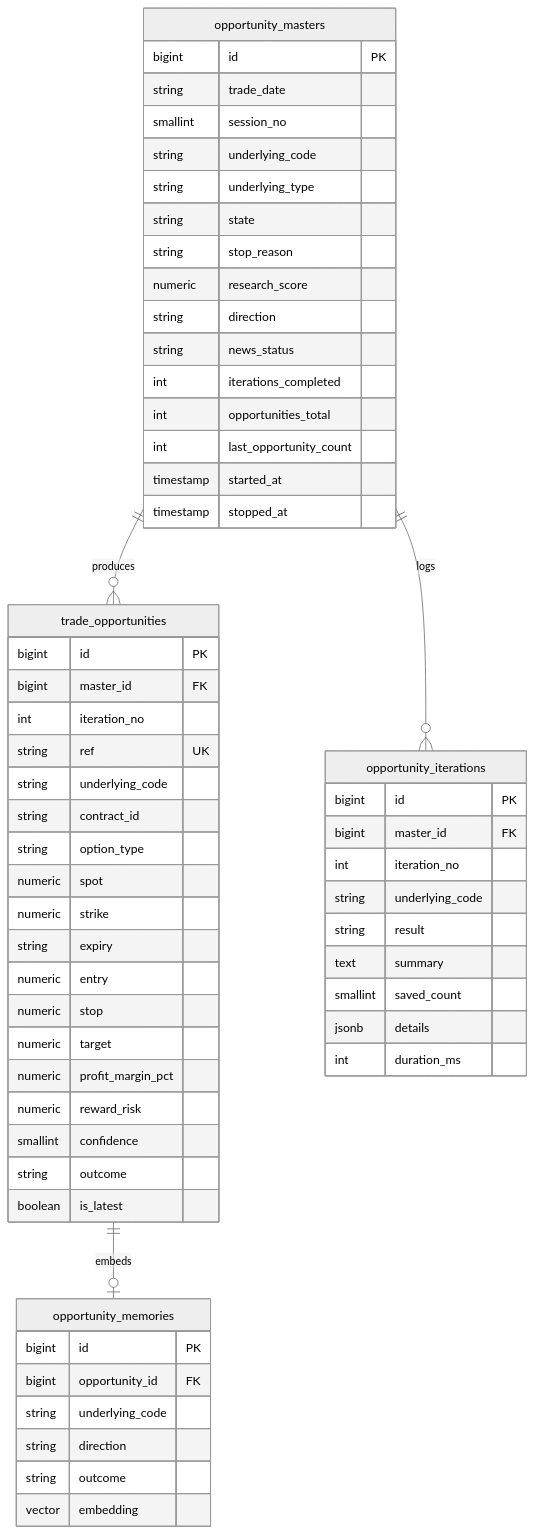
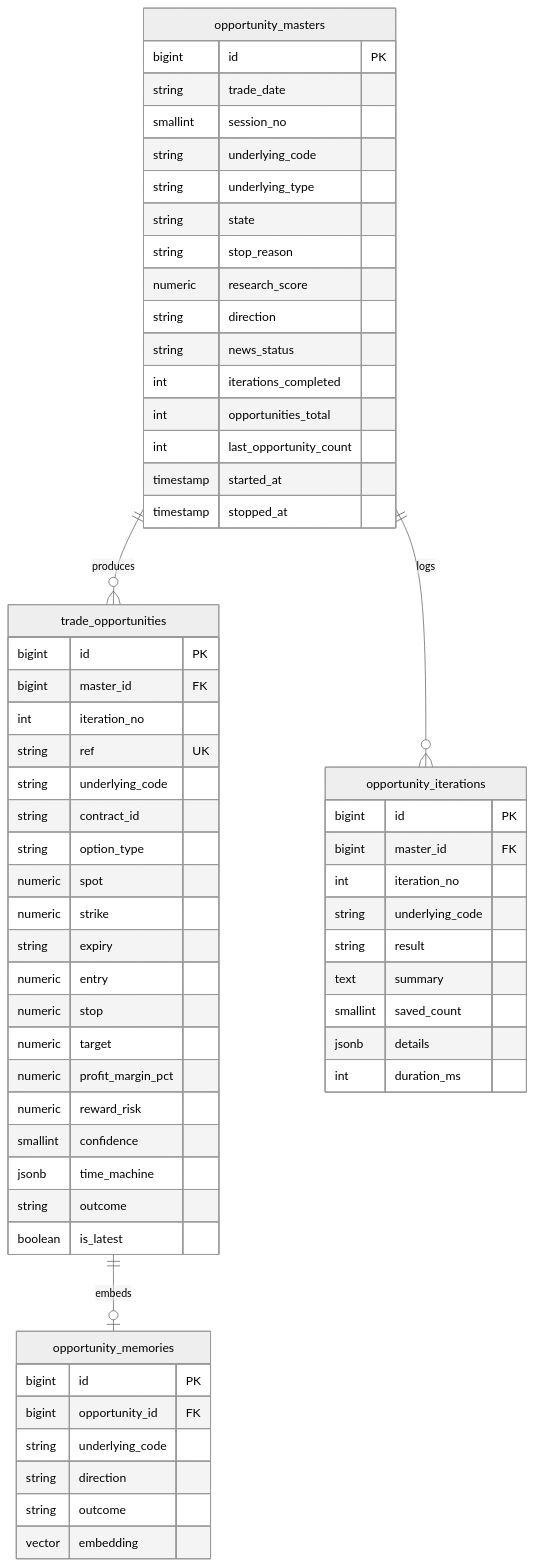
The third of 3 diagrams in docs/05-opportunities-module.md (alenxaviersathwic/auto-trader), drawn with Mermaid (neutral theme) before and after one commit. The commit also changed other lines of this file and 107 other files, not shown here.

Commit message:
feat: add backtest and trade modules with time machine and order execution support

````diff
--- a/docs/05-opportunities-module.md
+++ b/docs/05-opportunities-module.md
@@ -159,66 +278,67 @@
 ```mermaid
 erDiagram
     opportunity_masters ||--o{ trade_opportunities : produces
     opportunity_masters ||--o{ opportunity_iterations : logs
     trade_opportunities ||--o| opportunity_memories : embeds
 
     opportunity_masters {
         bigint id PK
         string trade_date
         smallint session_no
         string underlying_code
         string underlying_type
         string state
         string stop_reason
         numeric research_score
         string direction
         string news_status
         int iterations_completed
         int opportunities_total
         int last_opportunity_count
         timestamp started_at
         timestamp stopped_at
     }
 
     trade_opportunities {
         bigint id PK
         bigint master_id FK
         int iteration_no
         string ref UK
         string underlying_code
         string contract_id
         string option_type
         numeric spot
         numeric strike
         string expiry
         numeric entry
         numeric stop
         numeric target
         numeric profit_margin_pct
         numeric reward_risk
         smallint confidence
+        jsonb time_machine
         string outcome
         boolean is_latest
     }
 
     opportunity_iterations {
         bigint id PK
         bigint master_id FK
         int iteration_no
         string underlying_code
         string result
         text summary
         smallint saved_count
         jsonb details
         int duration_ms
     }
 
     opportunity_memories {
         bigint id PK
         bigint opportunity_id FK
         string underlying_code
         string direction
         string outcome
         vector embedding
     }
 ```
````
